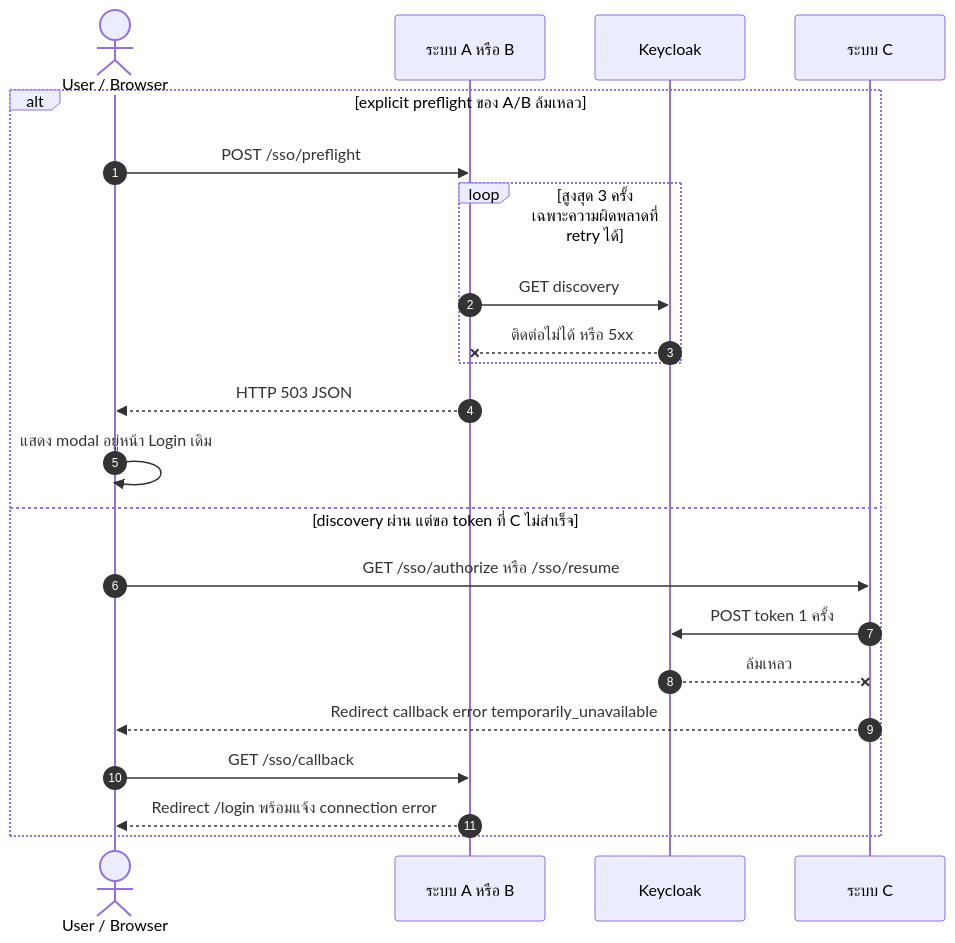
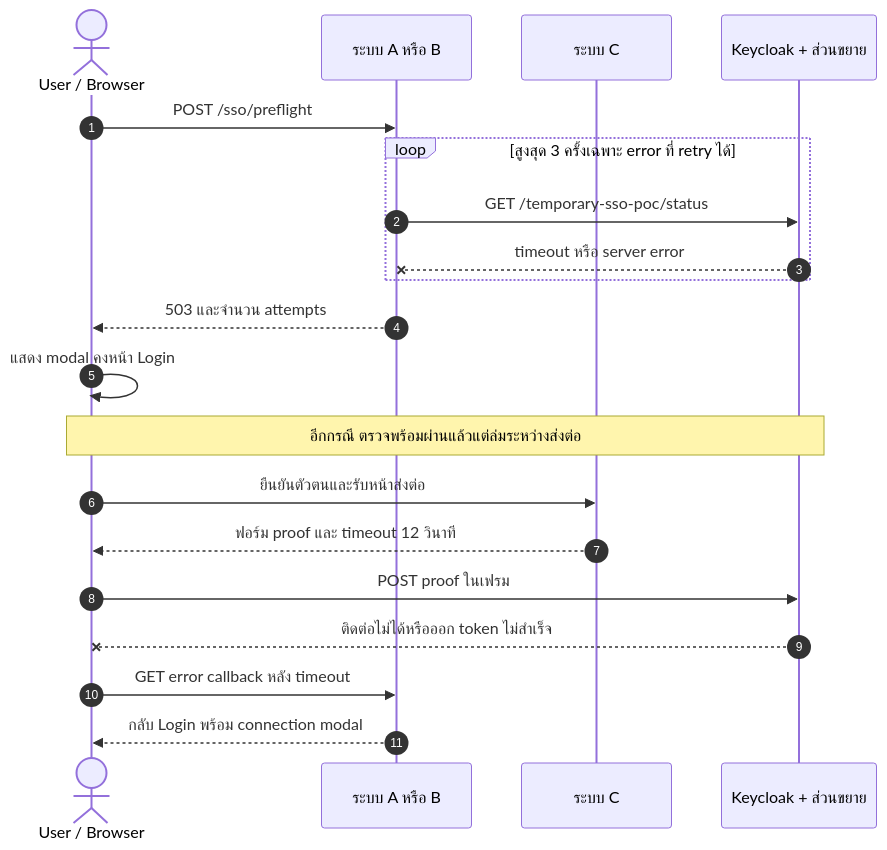
One commit to Sin1apachai/poc_sso changed diagram 11 of 20 in docs/flows/LOGIN-AND-SESSION.md. Above: the diagram before and after it, drawn with Mermaid. The commit also changed other lines of this file and 149 other files, not shown here.

First line of the commit message:
Use one shared SSO token and simplify login handoff

````diff
--- a/docs/flows/LOGIN-AND-SESSION.md
+++ b/docs/flows/LOGIN-AND-SESSION.md
@@ -251,24 +269,22 @@
 ```mermaid
 sequenceDiagram
     autonumber
-    actor U as User / Browser
+actor U as User / Browser
     participant A as ระบบ A หรือ B
-    participant K as Keycloak
     participant C as ระบบ C
-    alt explicit preflight ของ A/B ล้มเหลว
-        U->>A: POST /sso/preflight
-        loop สูงสุด 3 ครั้ง เฉพาะความผิดพลาดที่ retry ได้
-            A->>K: GET discovery
-            K--xA: ติดต่อไม่ได้ หรือ 5xx
-        end
-        A-->>U: HTTP 503 JSON
-        U->>U: แสดง modal อยู่หน้า Login เดิม
-    else discovery ผ่าน แต่ขอ token ที่ C ไม่สำเร็จ
-        U->>C: GET /sso/authorize หรือ /sso/resume
-        C->>K: POST token 1 ครั้ง
-        K--xC: ล้มเหลว
-        C-->>U: Redirect callback error temporarily_unavailable
-        U->>A: GET /sso/callback
-        A-->>U: Redirect /login พร้อมแจ้ง connection error
+    participant K as Keycloak + ส่วนขยาย
+    U->>A: POST /sso/preflight
+    loop สูงสุด 3 ครั้งเฉพาะ error ที่ retry ได้
+        A->>K: GET /temporary-sso-poc/status
+        K--xA: timeout หรือ server error
     end
+    A-->>U: 503 และจำนวน attempts
+    U->>U: แสดง modal คงหน้า Login
+    Note over U,K: อีกกรณี ตรวจพร้อมผ่านแล้วแต่ล่มระหว่างส่งต่อ
+    U->>C: ยืนยันตัวตนและรับหน้าส่งต่อ
+    C-->>U: ฟอร์ม proof และ timeout 12 วินาที
+    U->>K: POST proof ในเฟรม
+    K--xU: ติดต่อไม่ได้หรือออก token ไม่สำเร็จ
+    U->>A: GET error callback หลัง timeout
+    A-->>U: กลับ Login พร้อม connection modal
 ```
````
